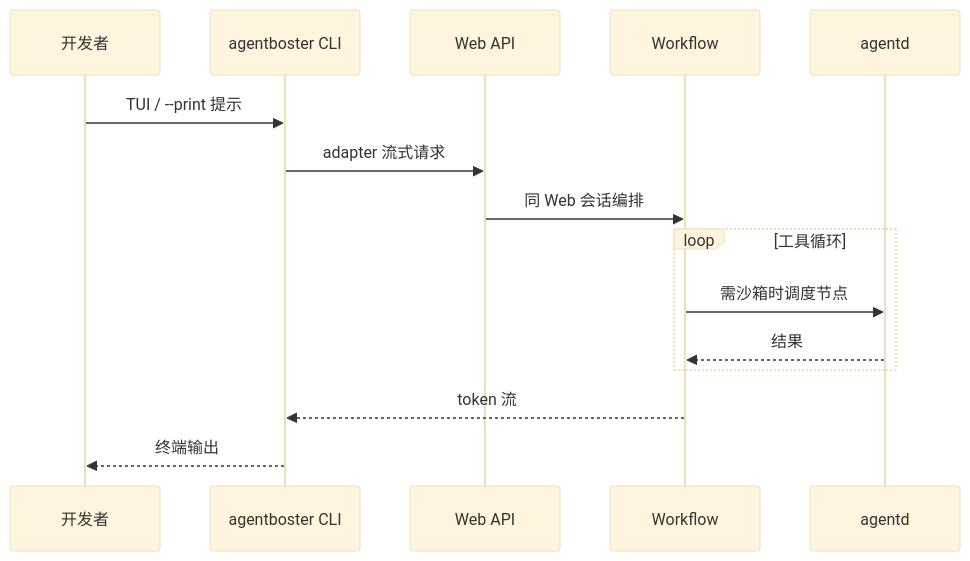
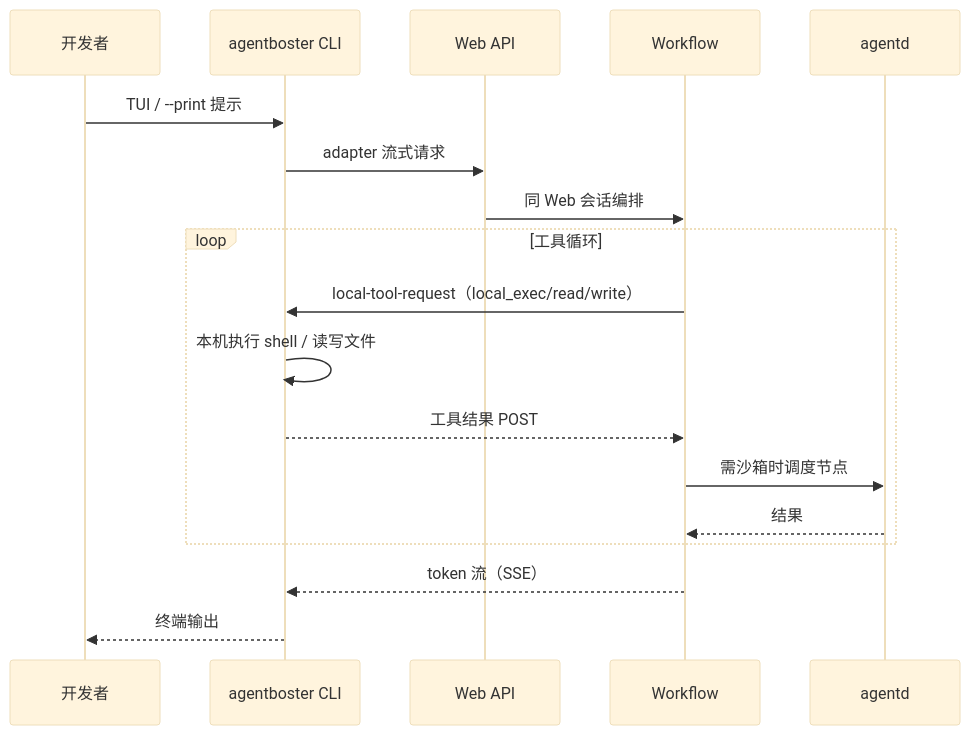
One commit to NekoSekaiMoe/agentboster changed the fourth of 4 diagrams in README.md. Above: the diagram before and after it, drawn with Mermaid (base theme). The commit also changed other lines of this file and 4 other files, not shown here.

````diff
--- a/README.md
+++ b/README.md
@@ -119,18 +119,21 @@
 ```mermaid
 sequenceDiagram
   participant U as 开发者
   participant CLI as agentboster CLI
   participant API as Web API
   participant WF as Workflow
   participant D as agentd
 
   U->>CLI: TUI / --print 提示
   CLI->>API: adapter 流式请求
   API->>WF: 同 Web 会话编排
   loop 工具循环
+    WF->>CLI: local-tool-request（local_exec/read/write）
+    CLI->>CLI: 本机执行 shell / 读写文件
+    CLI-->>WF: 工具结果 POST
     WF->>D: 需沙箱时调度节点
     D-->>WF: 结果
   end
-  WF-->>CLI: token 流
+  WF-->>CLI: token 流（SSE）
   CLI-->>U: 终端输出
 ```
````
